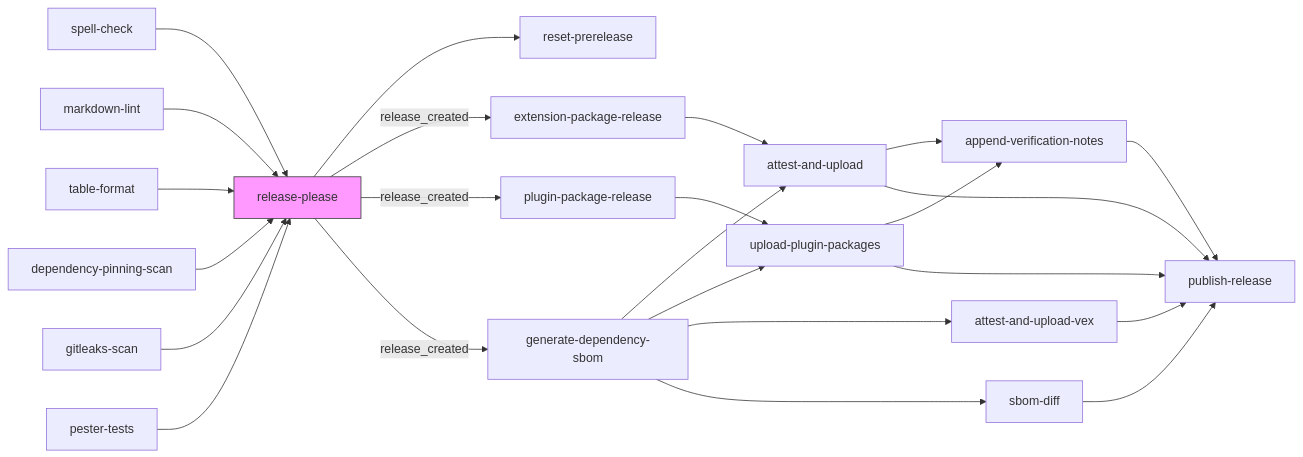
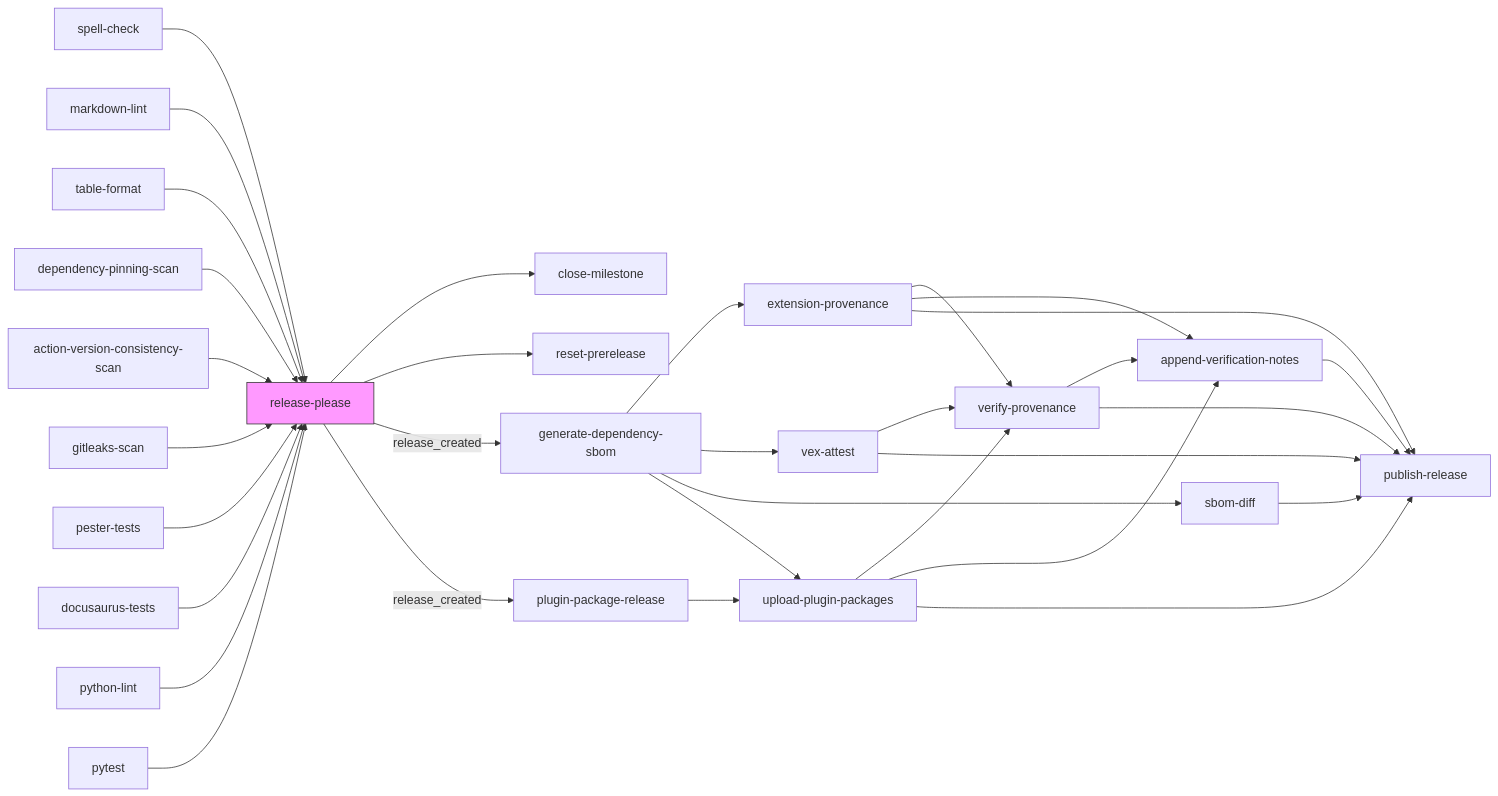
The third of 4 diagrams in docs/architecture/workflows.md (microsoft/hve-core), drawn with Mermaid before and after one commit. The commit also changed other lines of this file and 3 other files, not shown here.

````diff
--- a/docs/architecture/workflows.md
+++ b/docs/architecture/workflows.md
@@ -186,27 +186,35 @@
 ```mermaid
 flowchart LR
     V1[spell-check] --> RP[release-please]
     V2[markdown-lint] --> RP
     V3[table-format] --> RP
     V4[dependency-pinning-scan] --> RP
-    V5[gitleaks-scan] --> RP
-    V6[pester-tests] --> RP
+    V5[action-version-consistency-scan] --> RP
+    V6[gitleaks-scan] --> RP
+    V7[pester-tests] --> RP
+    V8[docusaurus-tests] --> RP
+    V9[python-lint] --> RP
+    V10[pytest] --> RP
+    RP --> CM[close-milestone]
     RP --> RST[reset-prerelease]
-    RP -->|release_created| EPR[extension-package-release]
+    RP -->|release_created| SBOM[generate-dependency-sbom]
     RP -->|release_created| PPR[plugin-package-release]
-    RP -->|release_created| SBOM[generate-dependency-sbom]
-    EPR --> ATT[attest-and-upload]
-    SBOM --> ATT
+    SBOM --> EP[extension-provenance]
+    SBOM --> VX[vex-attest]
+    SBOM --> SD[sbom-diff]
     PPR --> UPP[upload-plugin-packages]
     SBOM --> UPP
-    SBOM --> AUV[attest-and-upload-vex]
-    SBOM --> SD[sbom-diff]
-    ATT --> AVN[append-verification-notes]
+    EP --> VP[verify-provenance]
+    UPP --> VP
+    VX --> VP
+    VP --> AVN[append-verification-notes]
+    EP --> AVN
     UPP --> AVN
-    ATT --> PUB[publish-release]
+    EP --> PUB[publish-release]
     UPP --> PUB
-    AUV --> PUB
+    VX --> PUB
+    VP --> PUB
     SD --> PUB
     AVN --> PUB
     style RP fill:#f9f,stroke:#333
 ```
````
